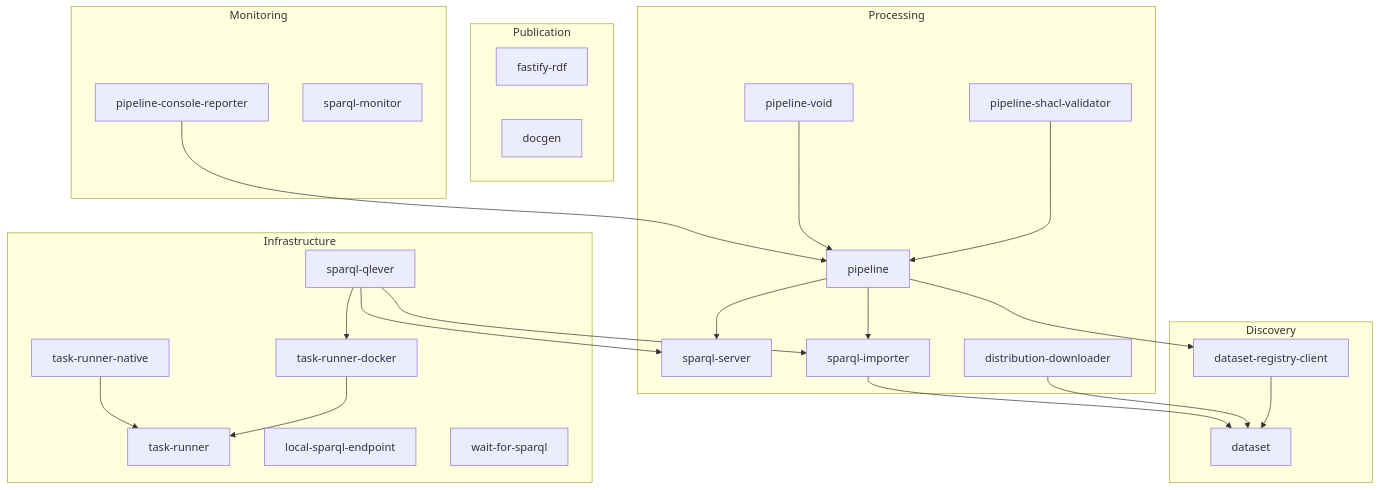
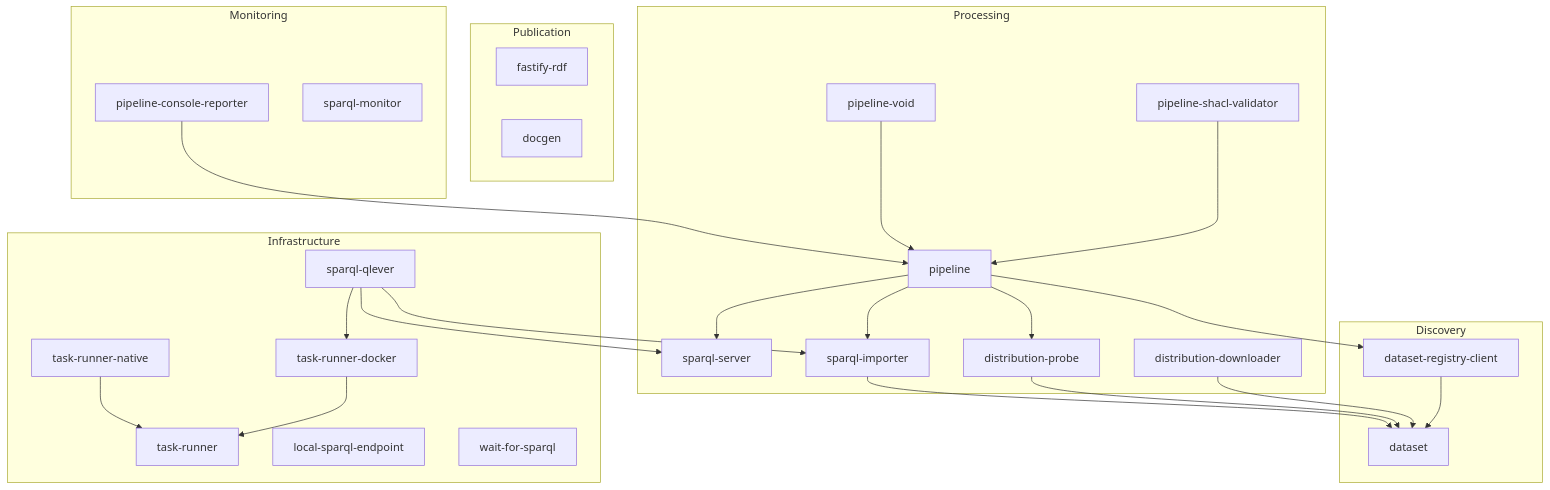
The diagram in README.md (ldengine/lde), drawn with Mermaid before and after one commit. The commit also changed other lines of this file and 23 other files, not shown here.

First line of the commit message:
refactor(pipeline): extract @lde/distribution-probe package (#357)

````diff
--- a/README.md
+++ b/README.md
@@ -172,38 +177,40 @@
 ```mermaid
 graph TD
   subgraph Discovery
     dataset
     dataset-registry-client --> dataset
   end
 
   subgraph Processing
     pipeline --> dataset-registry-client
     pipeline --> sparql-server
     pipeline --> sparql-importer
     pipeline-shacl-validator --> pipeline
     pipeline-void --> pipeline
     distribution-downloader --> dataset
+    distribution-probe --> dataset
+    pipeline --> distribution-probe
     sparql-importer --> dataset
   end
 
   subgraph Publication
     fastify-rdf
     docgen
   end
 
   subgraph Monitoring
     pipeline-console-reporter --> pipeline
     sparql-monitor
   end
 
   subgraph Infrastructure
     sparql-qlever --> sparql-importer
     sparql-qlever --> sparql-server
     sparql-qlever --> task-runner-docker
     task-runner-docker --> task-runner
     task-runner-native --> task-runner
     sparql-server
     local-sparql-endpoint
     wait-for-sparql
   end
 ```
````
